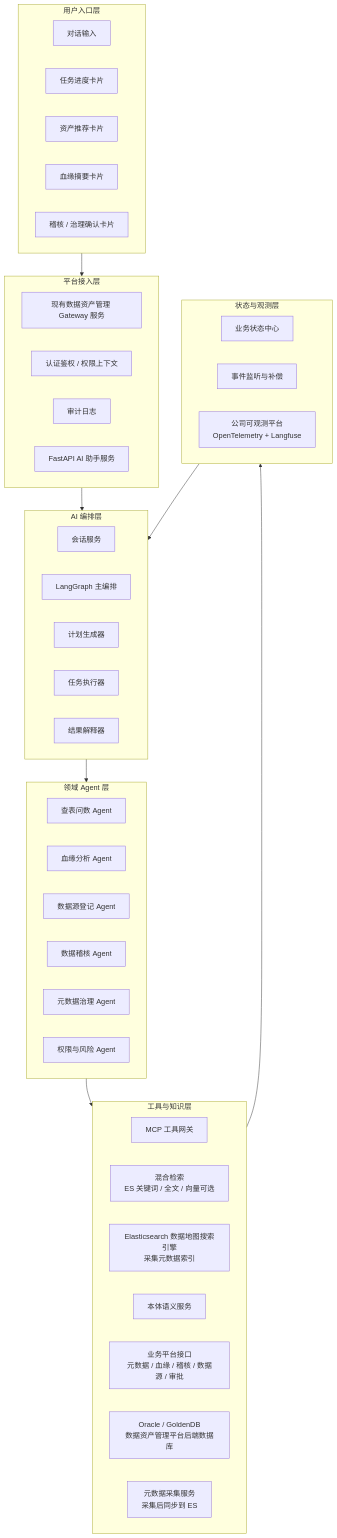
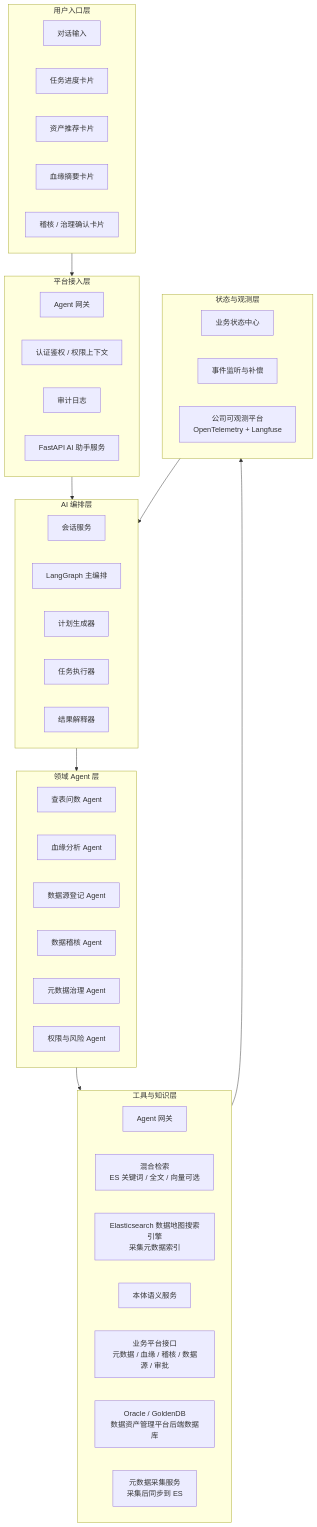
Before and after one commit to ShaneLiu001/dataasset: the second of 8 diagrams in 数据资产助手/90-附录-数据资产助手典型场景数据流.md, drawn with Mermaid. The commit also changed other lines of this file and 17 other files, not shown here.

````diff
--- a/数据资产助手/90-附录-数据资产助手典型场景数据流.md
+++ b/数据资产助手/90-附录-数据资产助手典型场景数据流.md
@@ -64,57 +64,57 @@
 ```mermaid
 flowchart TB
   subgraph L1[用户入口层]
     FE1[对话输入]
     FE2[任务进度卡片]
     FE3[资产推荐卡片]
     FE4[血缘摘要卡片]
     FE5[稽核 / 治理确认卡片]
   end
 
   subgraph L2[平台接入层]
-    Gateway[现有数据资产管理 Gateway 服务]
+    Gateway[Agent 网关]
     Auth[认证鉴权 / 权限上下文]
     Audit[审计日志]
     Api[FastAPI AI 助手服务]
   end
 
   subgraph L3[AI 编排层]
     Session[会话服务]
     Router[LangGraph 主编排]
     Planner[计划生成器]
     Executor[任务执行器]
     Explainer[结果解释器]
   end
 
   subgraph L4[领域 Agent 层]
     A1[查表问数 Agent]
     A2[血缘分析 Agent]
     A3[数据源登记 Agent]
     A4[数据稽核 Agent]
     A5[元数据治理 Agent]
     A6[权限与风险 Agent]
   end
 
   subgraph L5[工具与知识层]
-    MCP[MCP 工具网关]
+    MCP[Agent 网关]
     RAG[混合检索<br/>ES 关键词 / 全文 / 向量可选]
     ES[Elasticsearch 数据地图搜索引擎<br/>采集元数据索引]
     Ontology[本体语义服务]
     Business[业务平台接口<br/>元数据 / 血缘 / 稽核 / 数据源 / 审批]
     DB[Oracle / GoldenDB<br/>数据资产管理平台后端数据库]
     Collect[元数据采集服务<br/>采集后同步到 ES]
   end
 
   subgraph L6[状态与观测层]
     State[业务状态中心]
     Event[事件监听与补偿]
     Obs[公司可观测平台<br/>OpenTelemetry + Langfuse]
   end
 
   L1 --> L2
   L2 --> L3
   L3 --> L4
   L4 --> L5
   L5 --> L6
   L6 --> L3
 ```
````
